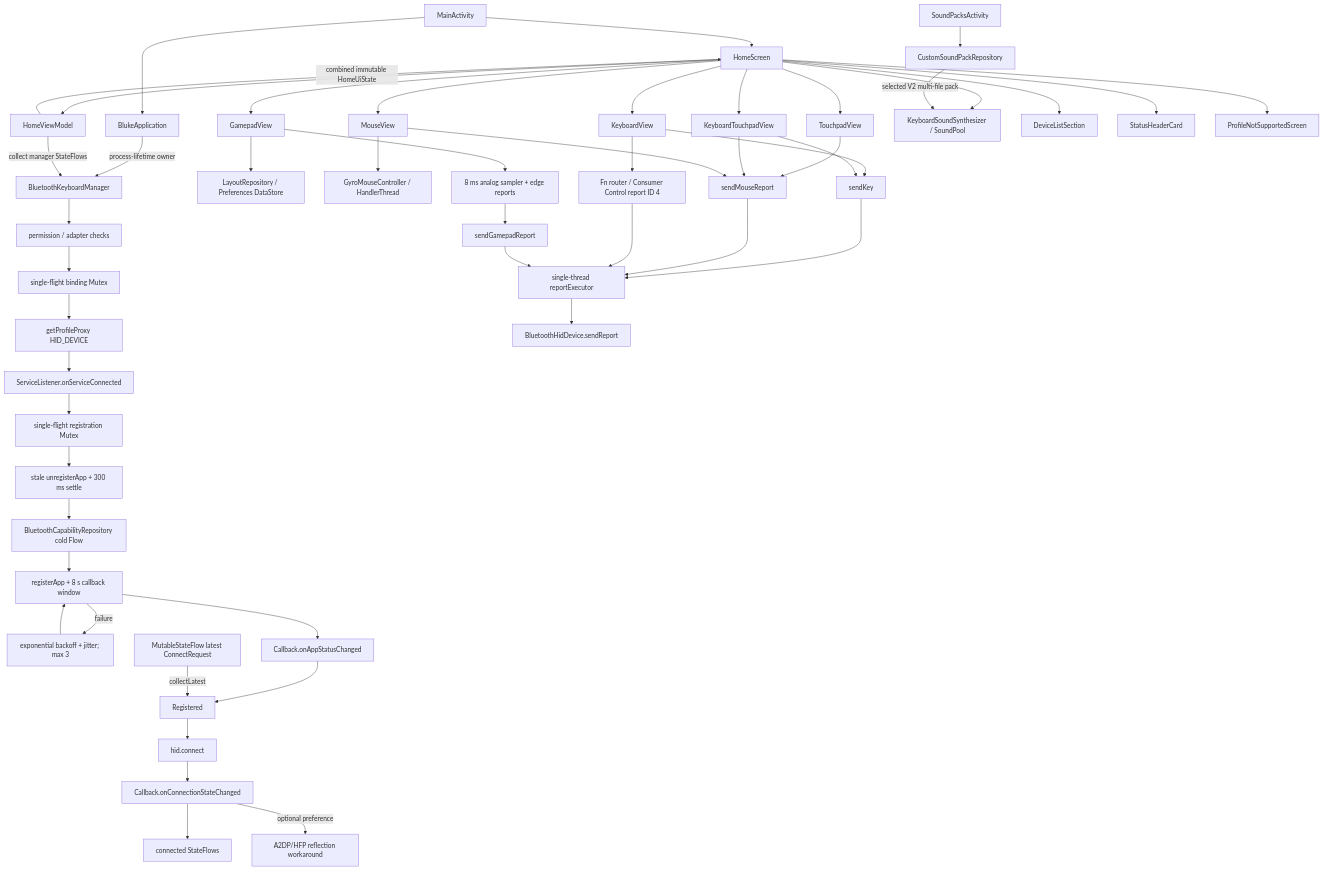
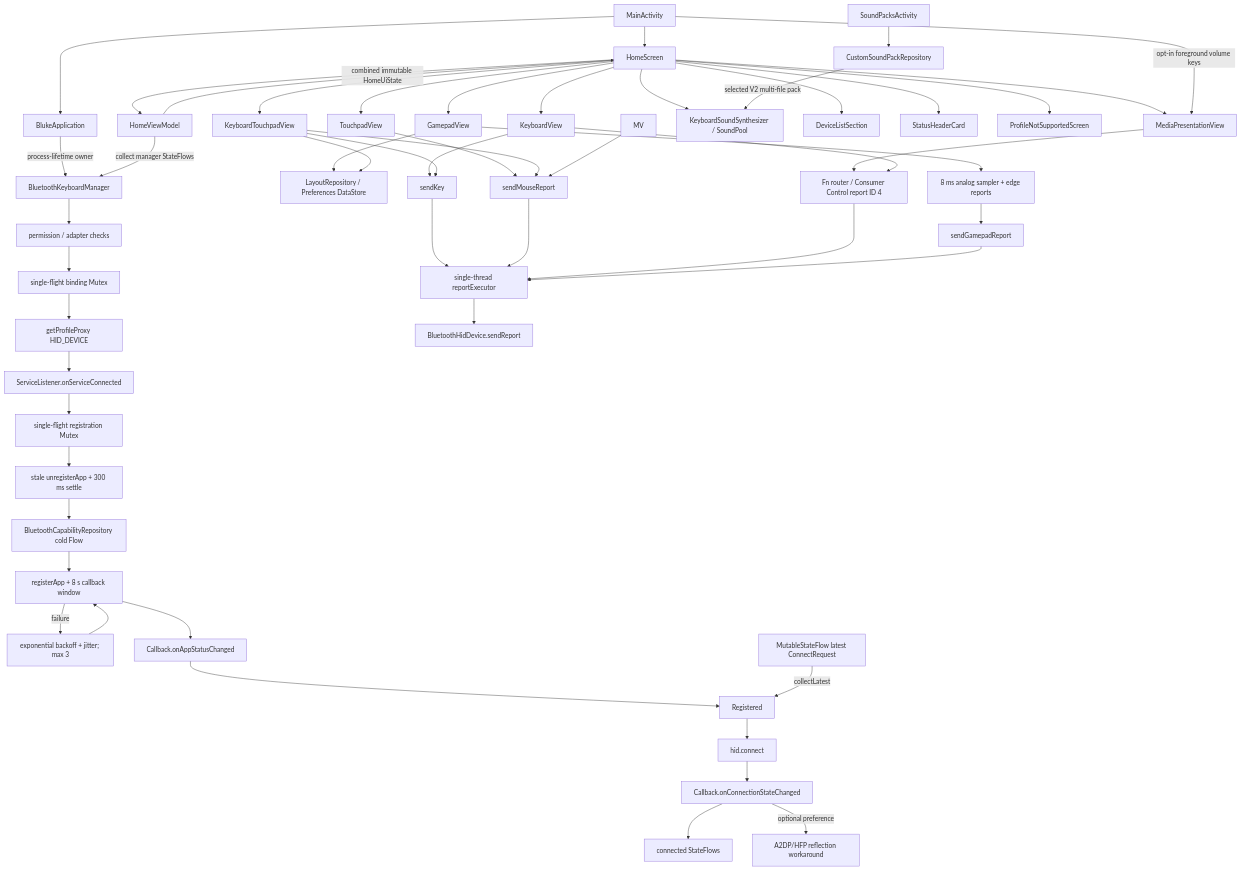
Before and after one commit to arnav-kr/Bluke: the diagram in docs/AUDIT.md, drawn with Mermaid. The commit also changed other lines of this file, not shown here.

````diff
--- a/docs/AUDIT.md
+++ b/docs/AUDIT.md
@@ -187,53 +187,55 @@
 ```mermaid
 flowchart TD
     APP[BlukeApplication] -->|process-lifetime owner| BKM[BluetoothKeyboardManager]
     MA[MainActivity] --> APP
     MA --> HS[HomeScreen]
     HS --> HVM[HomeViewModel]
     HVM -->|combined immutable HomeUiState| HS
     HVM -->|collect manager StateFlows| BKM
     HS --> KB[KeyboardView]
     HS --> TP[TouchpadView]
     HS --> KTP[KeyboardTouchpadView]
-    HS --> MV[MouseView]
+    HS --> MP[MediaPresentationView]
     HS --> GP[GamepadView]
     HS --> KSS[KeyboardSoundSynthesizer / SoundPool]
     SPA[SoundPacksActivity] --> CSP[CustomSoundPackRepository]
     CSP -->|selected V2 multi-file pack| KSS
     GP --> LR[LayoutRepository / Preferences DataStore]
-    MV --> GYRO[GyroMouseController / HandlerThread]
+    KTP --> LR
+    MP --> CC[Consumer Control + keyboard reports]
+    MA -->|opt-in foreground volume keys| MP
     HS --> DLS[DeviceListSection]
     HS --> SHC[StatusHeaderCard]
     HS --> PNS[ProfileNotSupportedScreen]
 
     BKM --> CAP[permission / adapter checks]
     CAP --> GPP[single-flight binding Mutex]
     GPP --> GPC[getProfileProxy HID_DEVICE]
     GPC --> PSC[ServiceListener.onServiceConnected]
     PSC --> RM[single-flight registration Mutex]
     RM --> UA[stale unregisterApp + 300 ms settle]
     UA --> BCR[BluetoothCapabilityRepository cold Flow]
     BCR --> RA[registerApp + 8 s callback window]
     RA -->|failure| BO[exponential backoff + jitter; max 3]
     BO --> RA
     RA --> ASC[Callback.onAppStatusChanged]
     ASC --> REG[Registered]
     REQ[MutableStateFlow latest ConnectRequest] -->|collectLatest| REG
     REG --> CON[hid.connect]
     CON --> CSC[Callback.onConnectionStateChanged]
     CSC --> CR[connected StateFlows]
     CSC -->|optional preference| AUDIO[A2DP/HFP reflection workaround]
     KB --> SR[sendKey]
     TP --> MR[sendMouseReport]
     KTP --> SR
     KTP --> MR
     MV --> MR
     KB --> CC[Fn router / Consumer Control report ID 4]
     GP --> TICK[8 ms analog sampler + edge reports]
     TICK --> GR[sendGamepadReport]
     SR --> Q[single-thread reportExecutor]
     MR --> Q
     CC --> Q
     GR --> Q
     Q --> HID[BluetoothHidDevice.sendReport]
 ```
````
